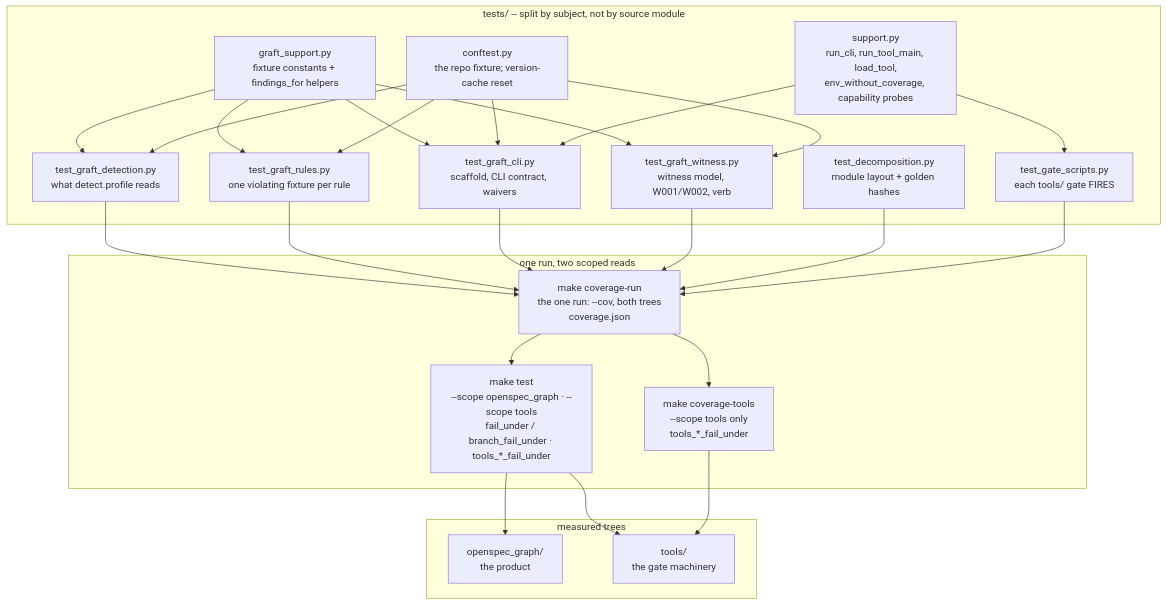
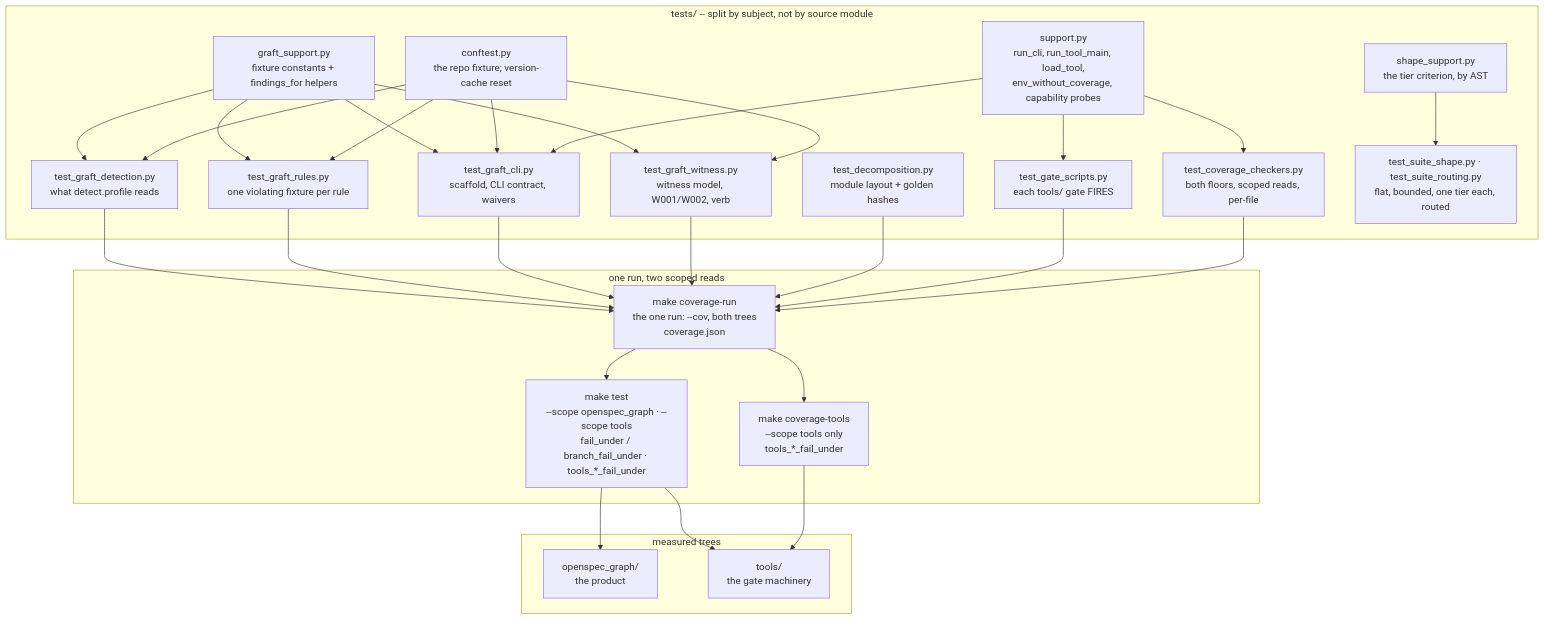
Before and after one commit to ianshank/planlint: the fifth of 5 diagrams in docs/architecture/c4.md, drawn with Mermaid. The commit also changed other lines of this file and 80 other files, not shown here.

Commit message:
M2 — shape the test suite: split by concern, tier markers, support routing, in-process loops (plan W7.4, W7.6) (#42)

````diff
--- a/docs/architecture/c4.md
+++ b/docs/architecture/c4.md
@@ -206,32 +206,36 @@
 ```mermaid
 flowchart TD
     subgraph measured["measured trees"]
         pkg["openspec_graph/<br/>the product"]
         tools["tools/<br/>the gate machinery"]
     end
 
     subgraph suite["tests/ -- split by subject, not by source module"]
         support["support.py<br/>run_cli, run_tool_main, load_tool,<br/>env_without_coverage, capability probes"]
         graftsup["graft_support.py<br/>fixture constants + findings_for helpers"]
         conftest["conftest.py<br/>the repo fixture; version-cache reset"]
         detection["test_graft_detection.py<br/>what detect.profile reads"]
         rulestests["test_graft_rules.py<br/>one violating fixture per rule"]
         clitests["test_graft_cli.py<br/>scaffold, CLI contract, waivers"]
         witnesstests["test_graft_witness.py<br/>witness model, W001/W002, verb"]
         gatetests["test_gate_scripts.py<br/>each tools/ gate FIRES"]
+        checkers["test_coverage_checkers.py<br/>both floors, scoped reads, per-file"]
         decomp["test_decomposition.py<br/>module layout + golden hashes"]
+        shapesup["shape_support.py<br/>the tier criterion, by AST"]
+        shape["test_suite_shape.py · test_suite_routing.py<br/>flat, bounded, one tier each, routed"]
     end
 
     subgraph gates["one run, two scoped reads"]
         covrun["make coverage-run<br/>the one run: --cov, both trees<br/>coverage.json"]
         mktest["make test<br/>--scope openspec_graph · --scope tools<br/>fail_under / branch_fail_under · tools_*_fail_under"]
         mkcov["make coverage-tools<br/>--scope tools only<br/>tools_*_fail_under"]
     end
 
     graftsup --> detection & rulestests & clitests & witnesstests
     conftest --> detection & rulestests & clitests & witnesstests
-    support --> gatetests & clitests
-    detection & rulestests & clitests & witnesstests & decomp & gatetests --> covrun
+    support --> gatetests & checkers & clitests
+    shapesup --> shape
+    detection & rulestests & clitests & witnesstests & decomp & gatetests & checkers --> covrun
     covrun --> mktest --> pkg & tools
     covrun --> mkcov --> tools
 ```
````
